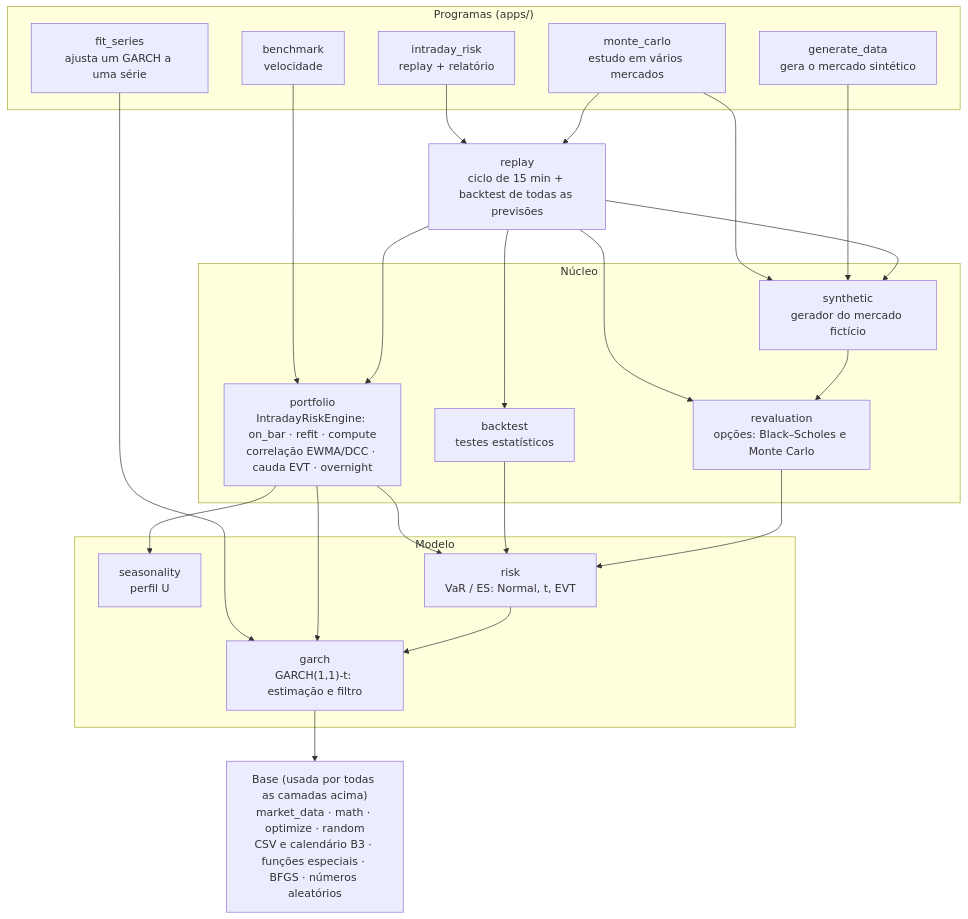
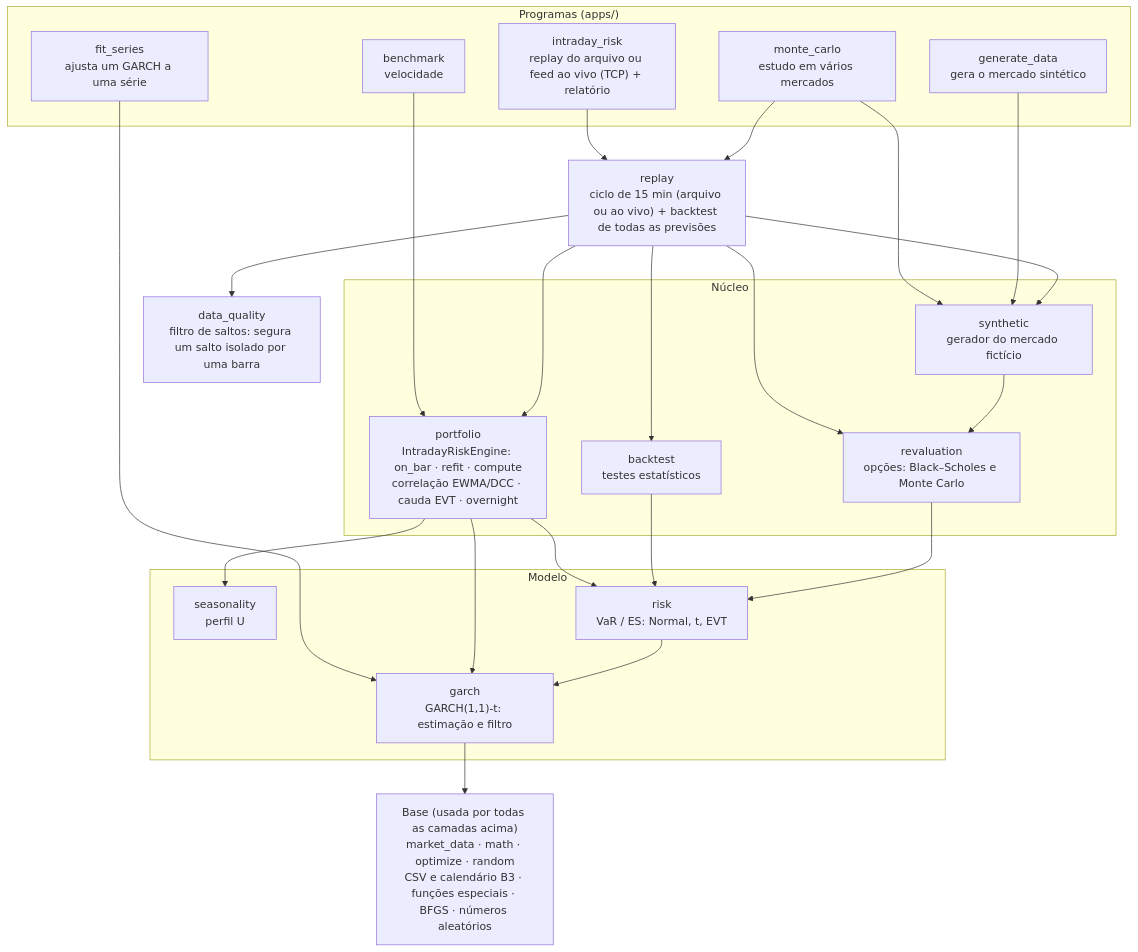
The diagram in architecture/04_modulos_garch_t.mmd (gustavoscardino/intraday-risk-engine), drawn with Mermaid before and after one commit. The commit also changed 21 other files, not shown here.

```diff
--- a/architecture/04_modulos_garch_t.mmd
+++ b/architecture/04_modulos_garch_t.mmd
@@ -1,37 +1,38 @@
 flowchart TB
     subgraph Apps["Programas (apps/)"]
-        IR["intraday_risk<br/>replay + relatório"]
+        IR["intraday_risk<br/>replay do arquivo ou feed ao vivo (TCP) + relatório"]
         MC["monte_carlo<br/>estudo em vários mercados"]
         GD["generate_data<br/>gera o mercado sintético"]
         FS["fit_series<br/>ajusta um GARCH a uma série"]
         BM["benchmark<br/>velocidade"]
     end
 
-    REP["replay<br/>ciclo de 15 min + backtest de todas as previsões"]
+    REP["replay<br/>ciclo de 15 min (arquivo ou ao vivo) + backtest de todas as previsões"]
+    DQ["data_quality<br/>filtro de saltos: segura um salto isolado por uma barra"]
 
     subgraph Nucleo["Núcleo"]
         PF["portfolio<br/>IntradayRiskEngine: on_bar · refit · compute<br/>correlação EWMA/DCC · cauda EVT · overnight"]
         BT["backtest<br/>testes estatísticos"]
         RV["revaluation<br/>opções: Black–Scholes e Monte Carlo"]
         SY["synthetic<br/>gerador do mercado fictício"]
     end
 
     subgraph Modelo["Modelo"]
         SE["seasonality<br/>perfil U"]
         GA["garch<br/>GARCH(1,1)-t: estimação e filtro"]
         RK["risk<br/>VaR / ES: Normal, t, EVT"]
     end
 
     BASE["Base (usada por todas as camadas acima)<br/>market_data · math · optimize · random<br/>CSV e calendário B3 · funções especiais · BFGS · números aleatórios"]
 
     IR --> REP
     MC --> REP & SY
     GD --> SY
     FS --> GA
     BM --> PF
-    REP --> PF & BT & RV & SY
+    REP --> PF & BT & RV & SY & DQ
     PF --> SE & GA & RK
     BT & RV --> RK
     SY --> RV
     RK --> GA
     GA --> BASE
```
